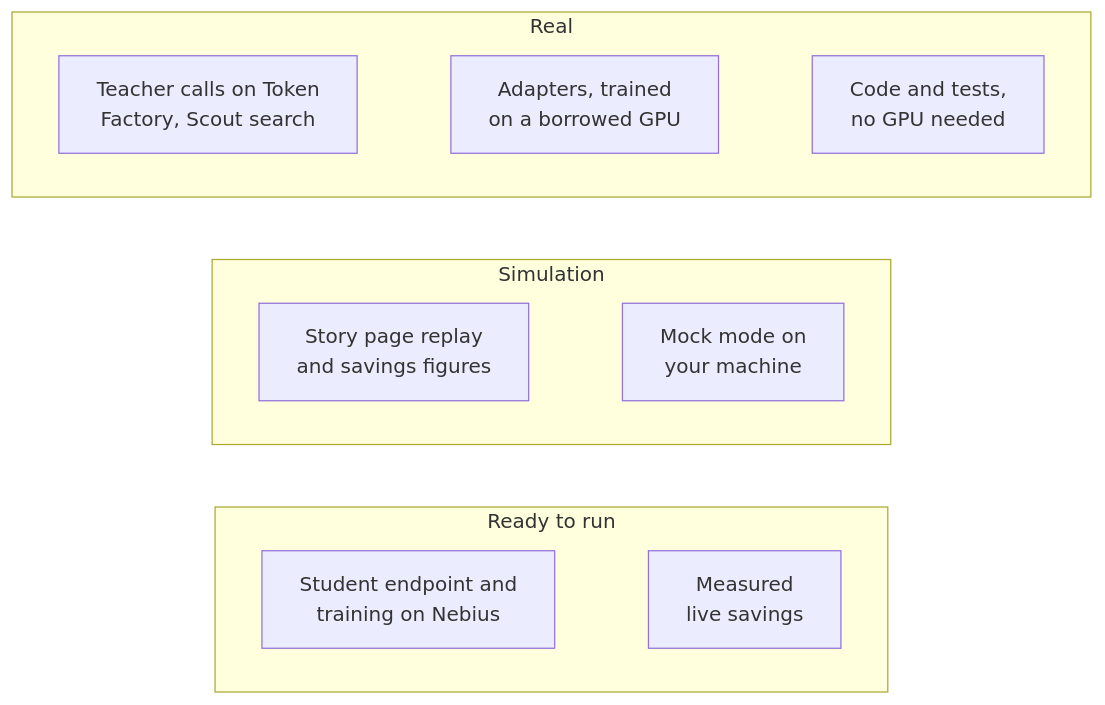
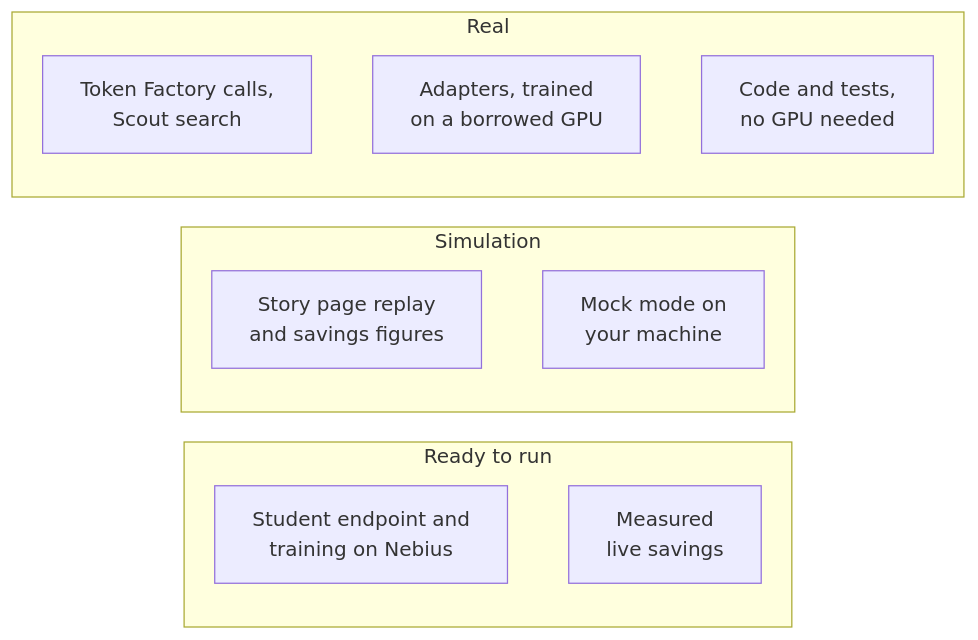
One commit to harshbhx/ratchet changed the second of 2 diagrams in docs-site/src/content/docs/guides/for-judges.mdx. Above: the diagram before and after it, drawn with Mermaid. The commit also changed other lines of this file and 79 other files, not shown here.

````diff
--- a/docs-site/src/content/docs/guides/for-judges.mdx
+++ b/docs-site/src/content/docs/guides/for-judges.mdx
@@ -64,22 +64,23 @@
 ```mermaid
+%%{init: {"flowchart": {"rankSpacing": 24}}}%%
 flowchart TB
   subgraph Real["Real"]
     direction LR
-    R1["Teacher calls on Token<br/>Factory, Scout search"] ~~~ R3["Adapters, trained<br/>on a borrowed GPU"] ~~~ R4["Code and tests,<br/>no GPU needed"]
+    R1["Token Factory calls,<br/>Scout search"] ~~~ R3["Adapters, trained<br/>on a borrowed GPU"] ~~~ R4["Code and tests,<br/>no GPU needed"]
   end
   subgraph Sim["Simulation"]
     direction LR
     S1["Story page replay<br/>and savings figures"] ~~~ S2["Mock mode on<br/>your machine"]
   end
   subgraph Not["Ready to run"]
     direction LR
     N1["Student endpoint and<br/>training on Nebius"] ~~~ N2["Measured<br/>live savings"]
   end
   Real ~~~ Sim ~~~ Not
   class R1,R3,R4 ok
   class S1,S2 outline
   class N1,N2 pending
   class Real okZone
   class Sim outlineZone
   class Not pendingZone
 ```
````
